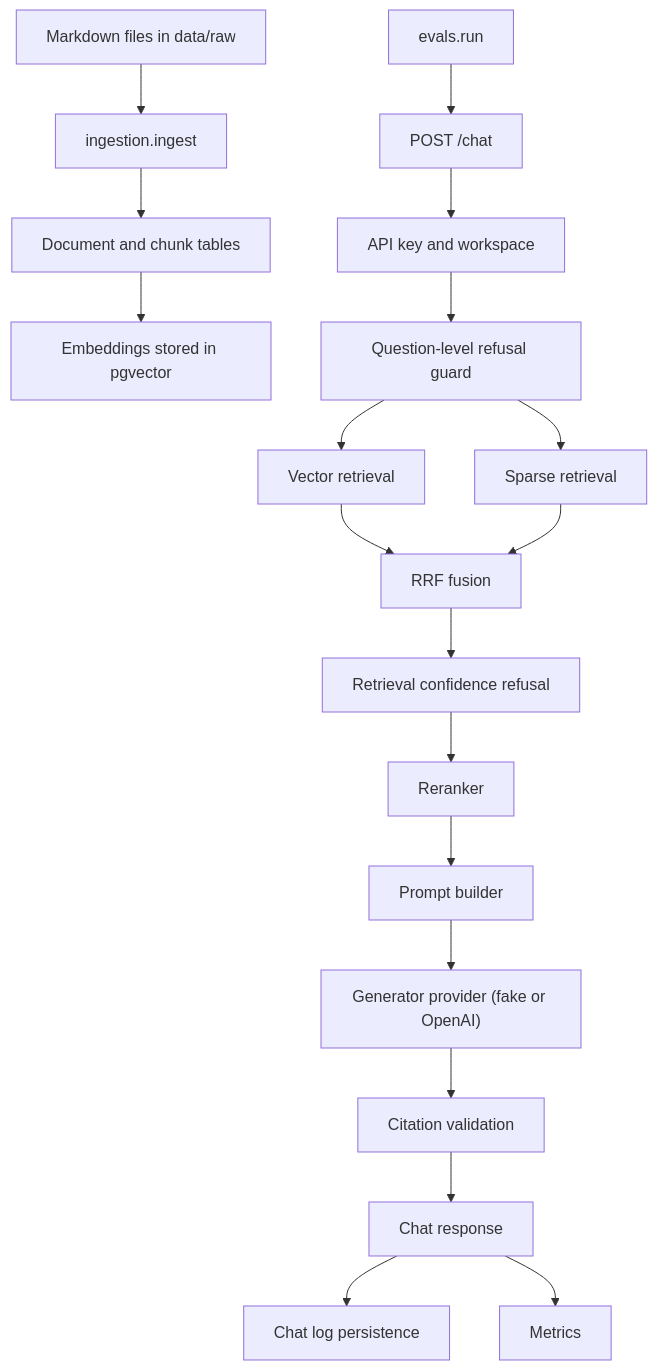
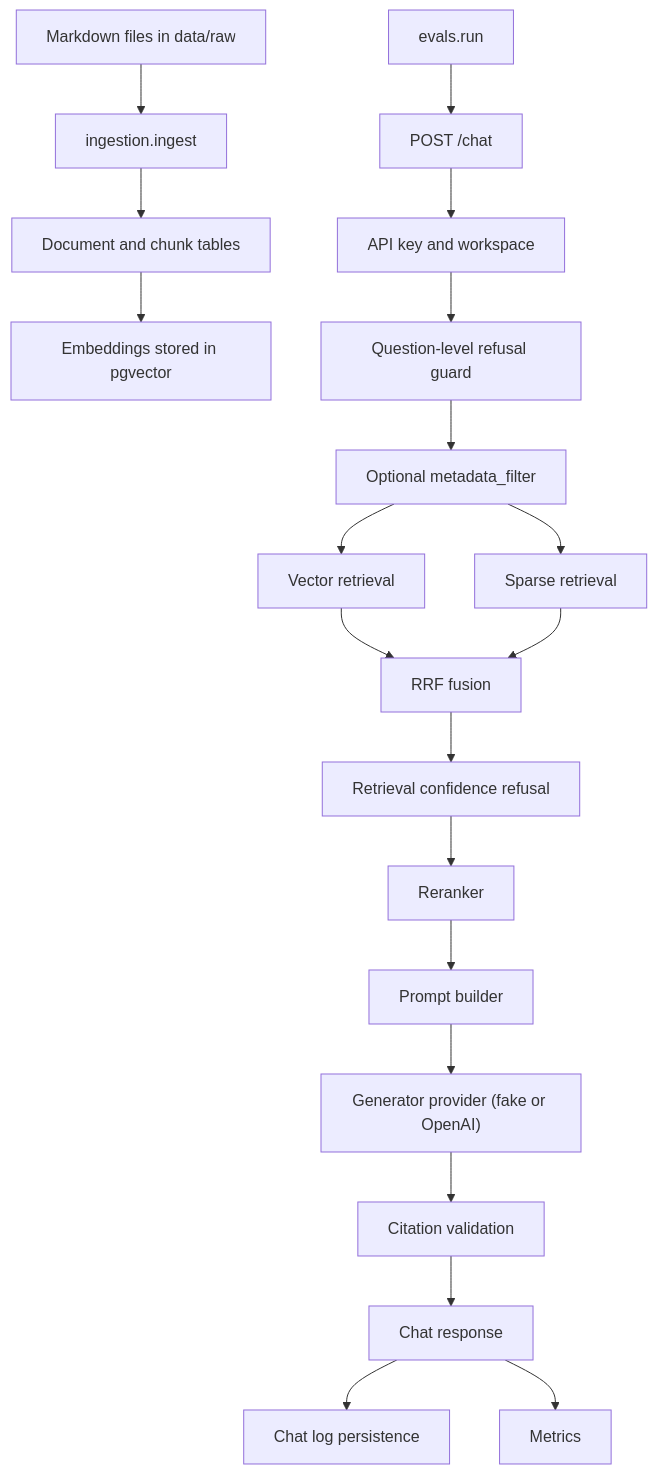
One commit to ictup/Production_RAG_Assistant changed the diagram in docs/PROJECT_HANDOFF.md. Above: the diagram before and after it, drawn with Mermaid. The commit also changed other lines of this file and 10 other files, not shown here.

Commit message:
Add metadata filters to retrieval

````diff
--- a/docs/PROJECT_HANDOFF.md
+++ b/docs/PROJECT_HANDOFF.md
@@ -949,21 +960,22 @@
 ```mermaid
 flowchart TD
     A["Markdown files in data/raw"] --> B["ingestion.ingest"]
     B --> C["Document and chunk tables"]
     C --> D["Embeddings stored in pgvector"]
     E["POST /chat"] --> F["API key and workspace"]
     F --> G["Question-level refusal guard"]
-    G --> H["Vector retrieval"]
-    G --> I["Sparse retrieval"]
+    G --> MF["Optional metadata_filter"]
+    MF --> H["Vector retrieval"]
+    MF --> I["Sparse retrieval"]
     H --> J["RRF fusion"]
     I --> J
     J --> K["Retrieval confidence refusal"]
     K --> L["Reranker"]
     L --> M["Prompt builder"]
     M --> N["Generator provider (fake or OpenAI)"]
     N --> O["Citation validation"]
     O --> P["Chat response"]
     P --> Q["Chat log persistence"]
     P --> R["Metrics"]
     S["evals.run"] --> E
 ```
````
